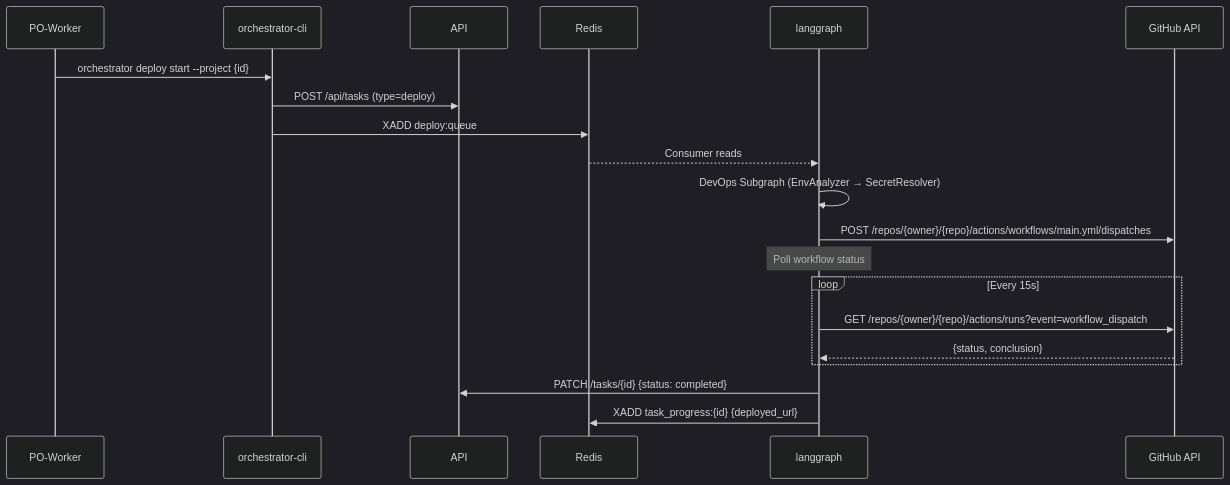
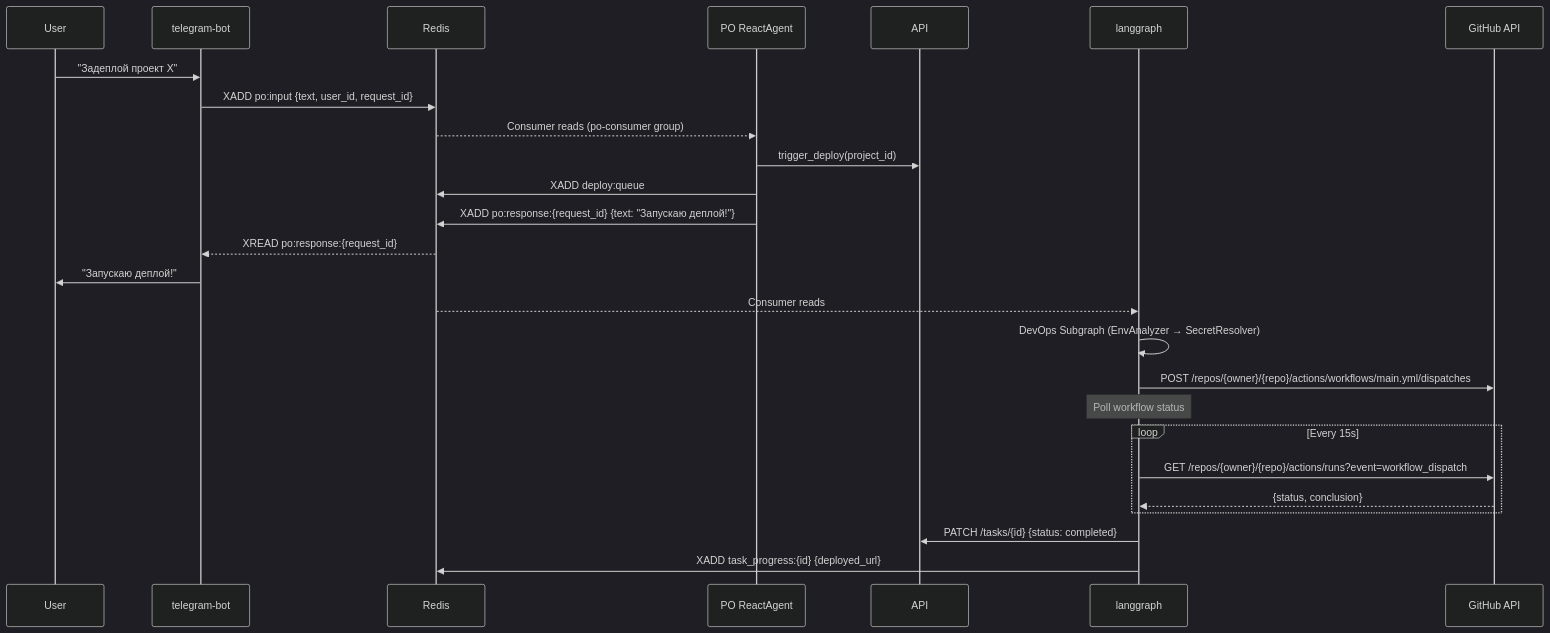
Before and after one commit to vladmesh/codegen_orchestrator: the second of 2 diagrams in docs/CONTRACTS.md, drawn with Mermaid (dark theme). The commit also changed other lines of this file and 27 other files, not shown here.

````diff
--- a/docs/CONTRACTS.md
+++ b/docs/CONTRACTS.md
@@ -167,23 +168,29 @@
 ```mermaid
 sequenceDiagram
-    participant PO as PO-Worker
-    participant CLI as orchestrator-cli
+    participant User
+    participant TG as telegram-bot
+    participant Redis
+    participant PO as PO ReactAgent
     participant API
-    participant Redis
     participant LG as langgraph
     participant GH as GitHub API
 
-    PO->>CLI: orchestrator deploy start --project {id}
-    CLI->>API: POST /api/tasks (type=deploy)
-    CLI->>Redis: XADD deploy:queue
+    User->>TG: "Задеплой проект X"
+    TG->>Redis: XADD po:input {text, user_id, request_id}
+    Redis-->>PO: Consumer reads (po-consumer group)
+    PO->>API: trigger_deploy(project_id)
+    PO->>Redis: XADD deploy:queue
+    PO->>Redis: XADD po:response:{request_id} {text: "Запускаю деплой!"}
+    Redis-->>TG: XREAD po:response:{request_id}
+    TG->>User: "Запускаю деплой!"
     Redis-->>LG: Consumer reads
     LG->>LG: DevOps Subgraph (EnvAnalyzer → SecretResolver)
     LG->>GH: POST /repos/{owner}/{repo}/actions/workflows/main.yml/dispatches
     Note over LG: Poll workflow status
     loop Every 15s
         LG->>GH: GET /repos/{owner}/{repo}/actions/runs?event=workflow_dispatch
         GH-->>LG: {status, conclusion}
     end
     LG->>API: PATCH /tasks/{id} {status: completed}
     LG->>Redis: XADD task_progress:{id} {deployed_url}
 ```
````
